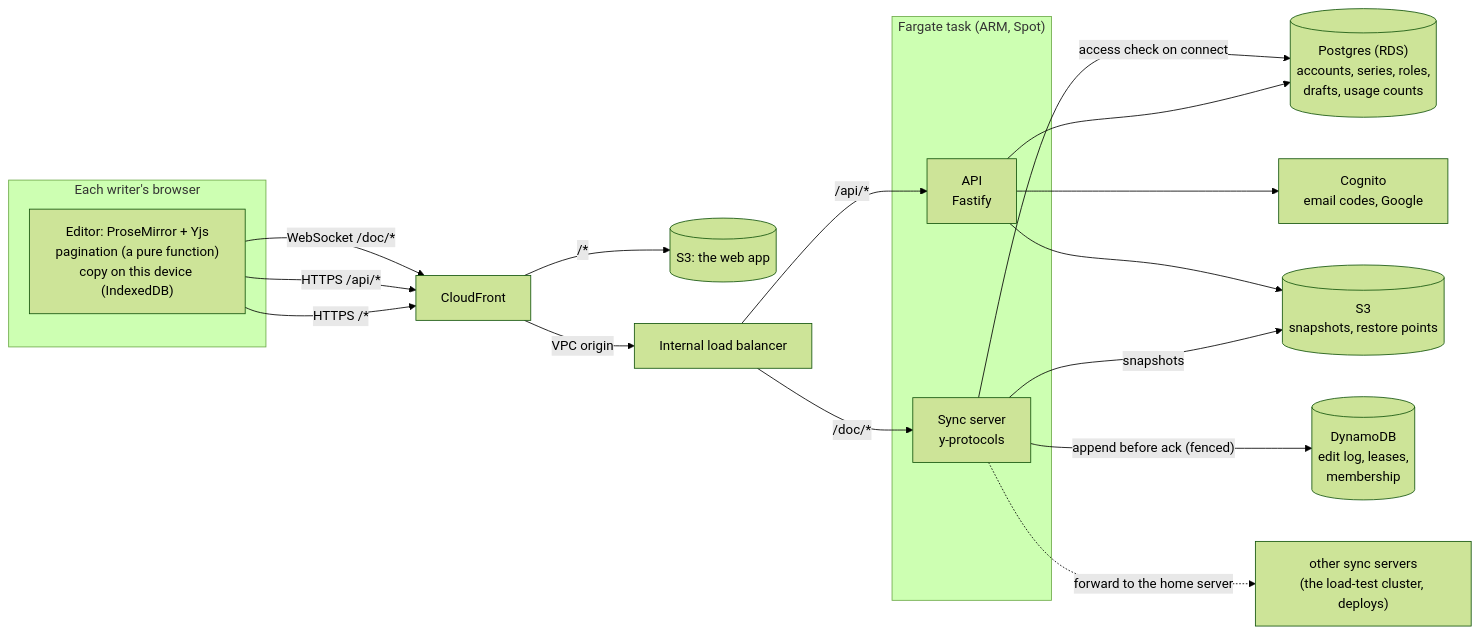
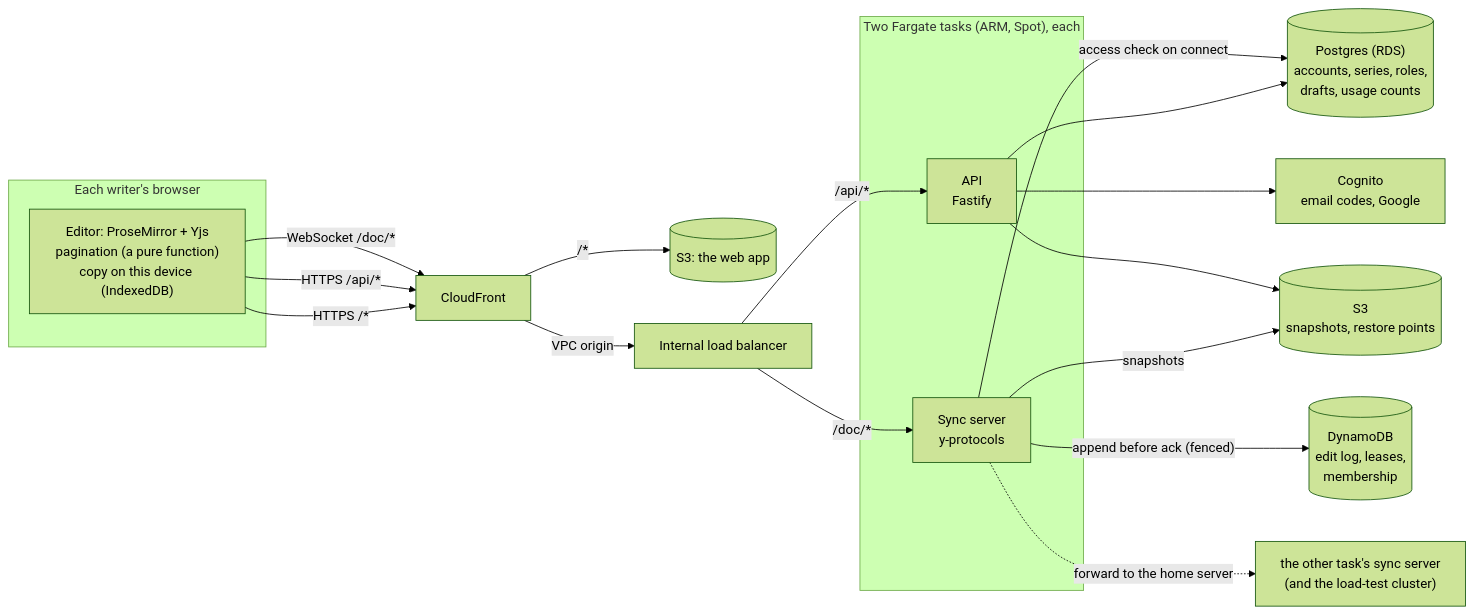
One commit to arnavsabat/scripter changed the diagram in README.md. Above: the diagram before and after it, drawn with Mermaid (forest theme). The commit also changed other lines of this file and 14 other files, not shown here.

First line of the commit message:
Domain zone, sign-in at auth.scripter.ca, two tasks, servers on demand (D-097)

````diff
--- a/README.md
+++ b/README.md
@@ -16,24 +16,24 @@
 ```mermaid
 flowchart LR
   subgraph Browser["Each writer's browser"]
     E["Editor: ProseMirror + Yjs<br/>pagination (a pure function)<br/>copy on this device (IndexedDB)"]
   end
   E -- "HTTPS /*" --> CF["CloudFront"]
   E -- "HTTPS /api/*" --> CF
   E -- "WebSocket /doc/*" --> CF
   CF -- "/*" --> S3W[("S3: the web app")]
   CF -- "VPC origin" --> LB["Internal load balancer"]
-  subgraph Task["Fargate task (ARM, Spot)"]
+  subgraph Task["Two Fargate tasks (ARM, Spot), each"]
     API["API<br/>Fastify"]
     SYNC["Sync server<br/>y-protocols"]
   end
   LB -- "/api/*" --> API
   LB -- "/doc/*" --> SYNC
   API --> PG[("Postgres (RDS)<br/>accounts, series, roles,<br/>drafts, usage counts")]
   SYNC -- "access check on connect" --> PG
   SYNC -- "append before ack (fenced)" --> DDB[("DynamoDB<br/>edit log, leases,<br/>membership")]
   SYNC -- "snapshots" --> S3S[("S3<br/>snapshots, restore points")]
   API --> S3S
   API --> COG["Cognito<br/>email codes, Google"]
-  SYNC -. "forward to the home server" .-> SYNC2["other sync servers<br/>(the load-test cluster, deploys)"]
+  SYNC -. "forward to the home server" .-> SYNC2["the other task's sync server<br/>(and the load-test cluster)"]
 ```
````
